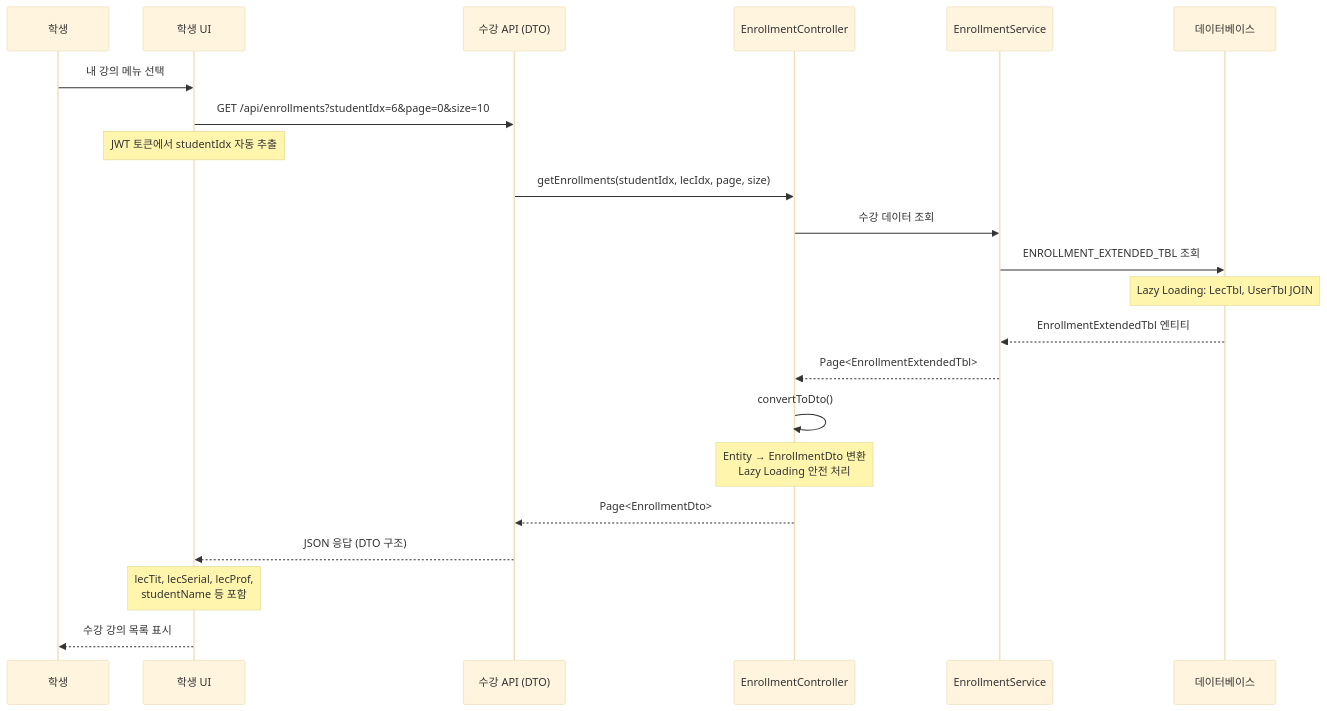
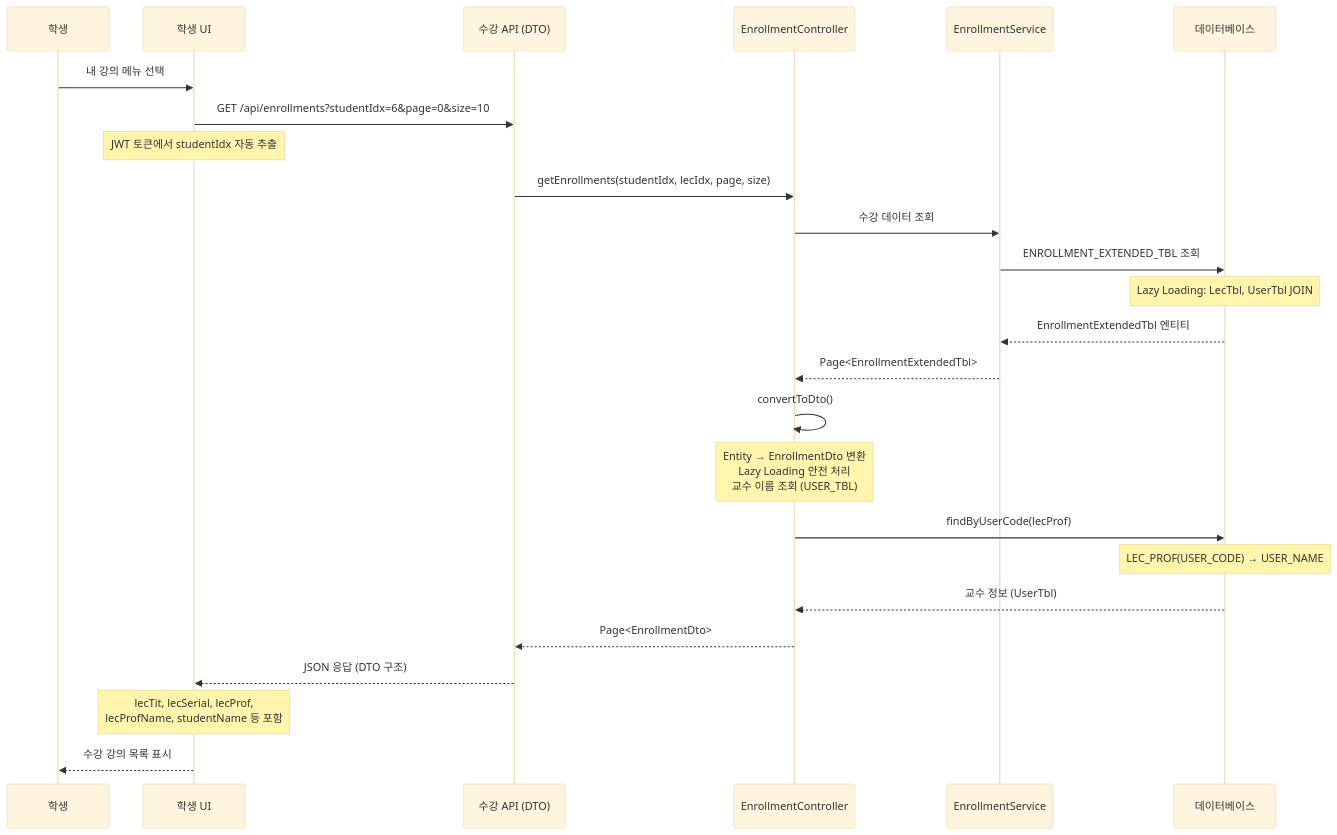
Before and after one commit to hooting76/blue-crab-lms: the fifth of 14 diagrams in backend/BlueCrab/docs/강의관련기능/06-학생플로우.md, drawn with Mermaid (base theme). The commit also changed other lines of this file and 9 other files, not shown here.

Commit message:
교수명 표시 내용 수정+플로우 업데이트

````diff
--- a/backend/BlueCrab/docs/강의관련기능/06-학생플로우.md
+++ b/backend/BlueCrab/docs/강의관련기능/06-학생플로우.md
@@ -136,30 +137,34 @@
 ```mermaid
 sequenceDiagram
     participant Student as 학생
     participant UI as 학생 UI
     participant API as 수강 API (DTO)
     participant Controller as EnrollmentController
     participant Service as EnrollmentService
     participant DB as 데이터베이스
 
     Student->>UI: 내 강의 메뉴 선택
     UI->>API: GET /api/enrollments?studentIdx=6&page=0&size=10
     Note over UI: JWT 토큰에서 studentIdx 자동 추출
 
     API->>Controller: getEnrollments(studentIdx, lecIdx, page, size)
     Controller->>Service: 수강 데이터 조회
     Service->>DB: ENROLLMENT_EXTENDED_TBL 조회
     Note over DB: Lazy Loading: LecTbl, UserTbl JOIN
 
     DB-->>Service: EnrollmentExtendedTbl 엔티티
     Service-->>Controller: Page<EnrollmentExtendedTbl>
     
     Controller->>Controller: convertToDto()
-    Note over Controller: Entity → EnrollmentDto 변환<br/>Lazy Loading 안전 처리
+    Note over Controller: Entity → EnrollmentDto 변환<br/>Lazy Loading 안전 처리<br/>교수 이름 조회 (USER_TBL)
+    
+    Controller->>DB: findByUserCode(lecProf)
+    Note over DB: LEC_PROF(USER_CODE) → USER_NAME
+    DB-->>Controller: 교수 정보 (UserTbl)
     
     Controller-->>API: Page<EnrollmentDto>
     API-->>UI: JSON 응답 (DTO 구조)
-    Note over UI: lecTit, lecSerial, lecProf,<br/>studentName 등 포함
+    Note over UI: lecTit, lecSerial, lecProf,<br/>lecProfName, studentName 등 포함
 
     UI-->>Student: 수강 강의 목록 표시
 ```
````
